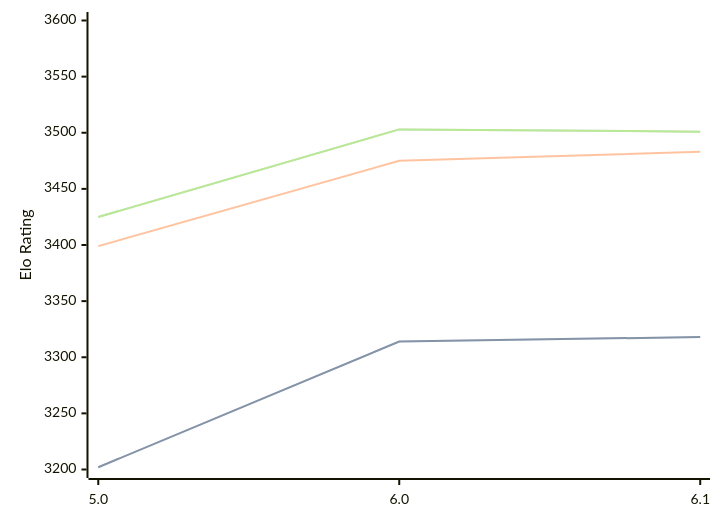
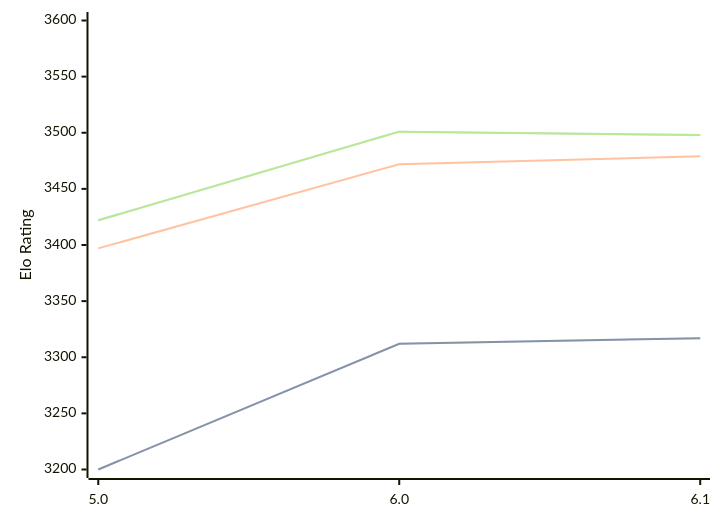
One commit to computer-chess-index/cci changed the diagram in engines/Starzix.md. Above: the diagram before and after it, drawn with Mermaid. The commit also changed other lines of this file, not shown here.

Commit message:
Update CCI Ratings (ELO VLTC) - 2026-08-12

````diff
--- a/engines/Starzix.md
+++ b/engines/Starzix.md
@@ -33,11 +33,11 @@
 ```mermaid
 %%{init: {"theme":"base","themeVariables":{"seriesColors:['#a3a3a3','#222221','#faa371']}}}%%
 xychart-beta
   x-axis ["5.0", "6.0", "6.1"]
   y-axis "Elo Rating" 3200 --> 3600
-  line "STC (8.0+0.08s)" [3202, 3314, 3318]
-  line "STC (8.0+0.08s)" [3202, 3314, 3318]
-  line "LTC (60.0+0.60s)" [3399, 3475, 3483]
-  line "VLTC (2m24s+1.12s)" [3425, 3503, 3501]
-  line "VLTC (2m24s+1.12s)" [3425, 3503, 3501]
+  line "STC (8.0+0.08s)" [3200, 3312, 3317]
+  line "STC (8.0+0.08s)" [3200, 3312, 3317]
+  line "LTC (60.0+0.60s)" [3397, 3472, 3479]
+  line "VLTC (2m24s+1.12s)" [3422, 3501, 3498]
+  line "VLTC (2m24s+1.12s)" [3422, 3501, 3498]
 ```
````
